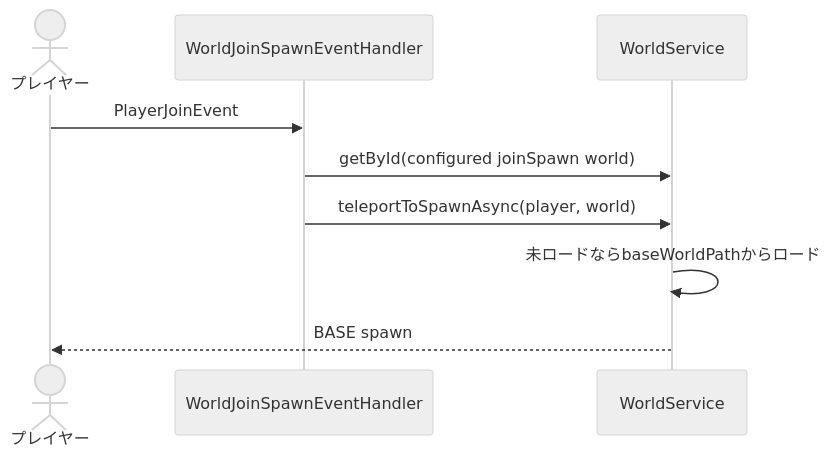
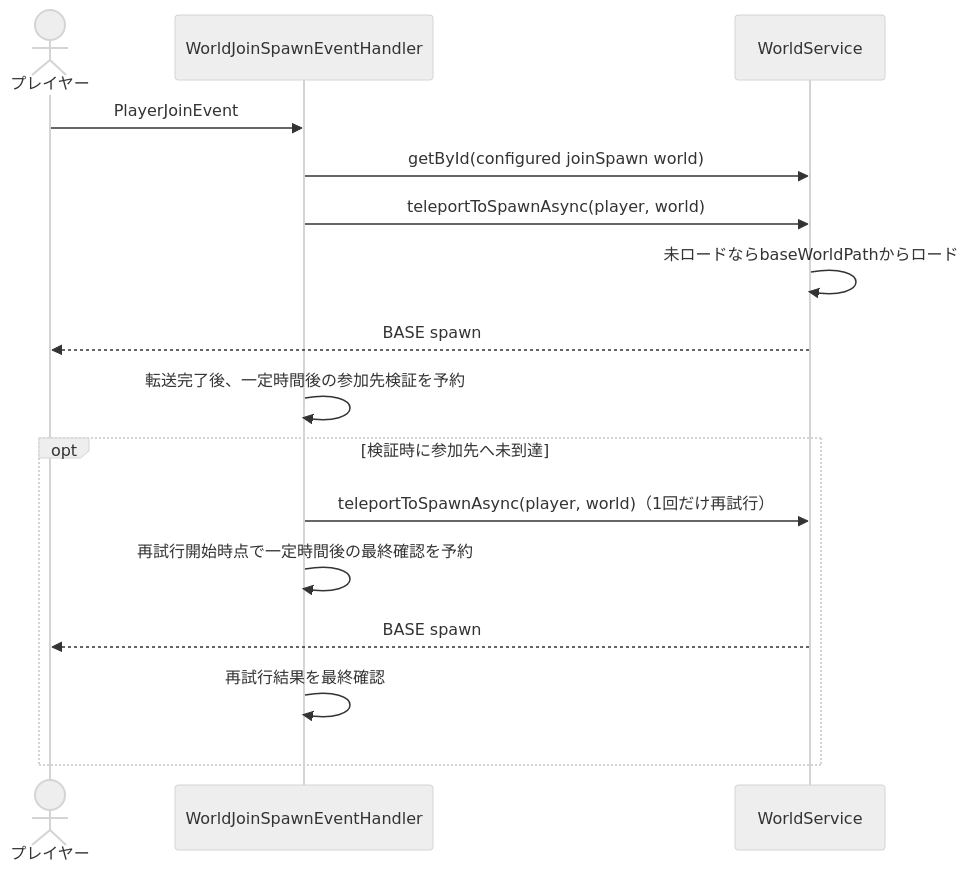
Before and after one commit to maaasu/AstralRecord-Workspace: the fourth of 5 diagrams in 00_docs/10_Plugin設計書/feature/17-world/17_4-統合フロー.md, drawn with Mermaid (neutral theme). The commit also changed other lines of this file and 3 other files, not shown here.

````diff
--- a/00_docs/10_Plugin設計書/feature/17-world/17_4-統合フロー.md
+++ b/00_docs/10_Plugin設計書/feature/17-world/17_4-統合フロー.md
@@ -119,11 +119,18 @@
 ```mermaid
 sequenceDiagram
     actor Player as プレイヤー
     participant Join as WorldJoinSpawnEventHandler
     participant World as WorldService
     Player->>Join: PlayerJoinEvent
     Join->>World: getById(configured joinSpawn world)
     Join->>World: teleportToSpawnAsync(player, world)
     World->>World: 未ロードならbaseWorldPathからロード
     World-->>Player: BASE spawn
+    Join->>Join: 転送完了後、一定時間後の参加先検証を予約
+    opt 検証時に参加先へ未到達
+        Join->>World: teleportToSpawnAsync(player, world)（1回だけ再試行）
+        Join->>Join: 再試行開始時点で一定時間後の最終確認を予約
+        World-->>Player: BASE spawn
+        Join->>Join: 再試行結果を最終確認
+    end
 ```
````
